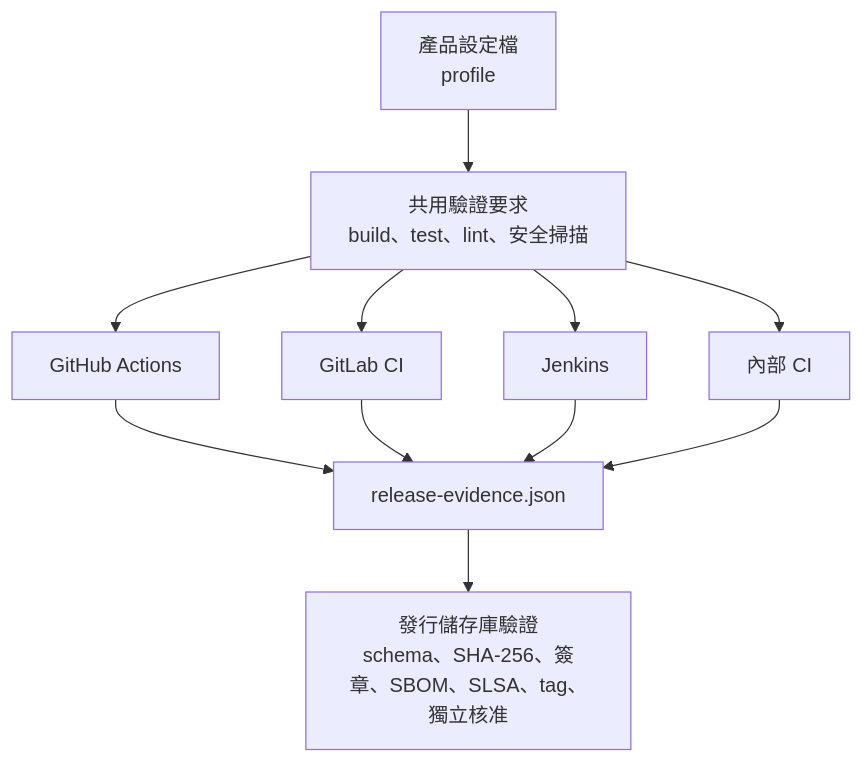
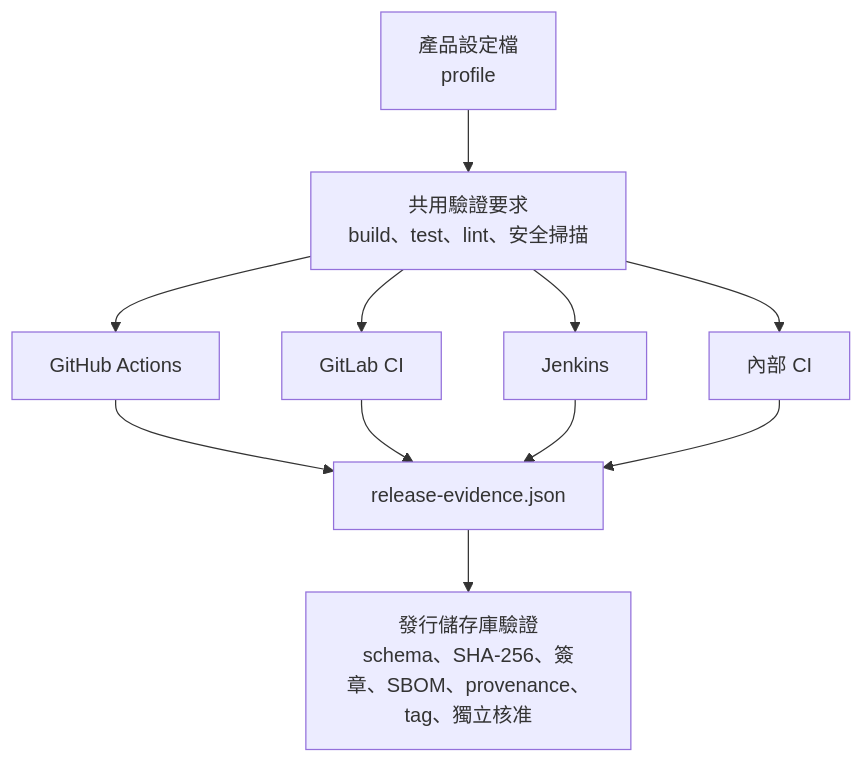
One commit to JiaChangGit/ai_dev_platform-cicd-platform changed the diagram in docs/ci-adapters.md. Above: the diagram before and after it, drawn with Mermaid. The commit also changed other lines of this file and 3759 other files, not shown here.

````diff
--- a/docs/ci-adapters.md
+++ b/docs/ci-adapters.md
@@ -7,13 +7,13 @@
 ```mermaid
 flowchart TB
     P["產品設定檔<br/>profile"] --> C["共用驗證要求<br/>build、test、lint、安全掃描"]
     G["GitHub Actions"] --> E["release-evidence.json"]
     L["GitLab CI"] --> E
     J["Jenkins"] --> E
     I["內部 CI"] --> E
     C --> G
     C --> L
     C --> J
     C --> I
-    E --> V["發行儲存庫驗證<br/>schema、SHA-256、簽章、SBOM、SLSA、tag、獨立核准"]
+    E --> V["發行儲存庫驗證<br/>schema、SHA-256、簽章、SBOM、provenance、tag、獨立核准"]
 ```
````
